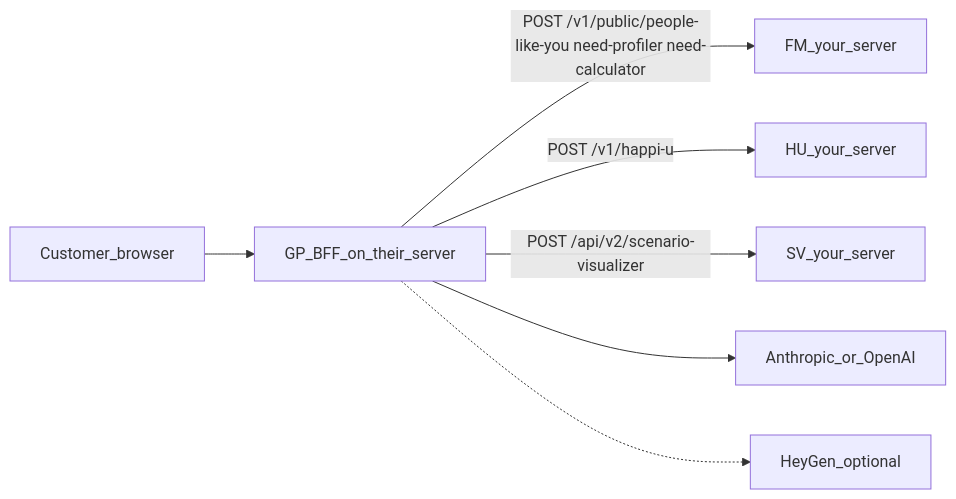
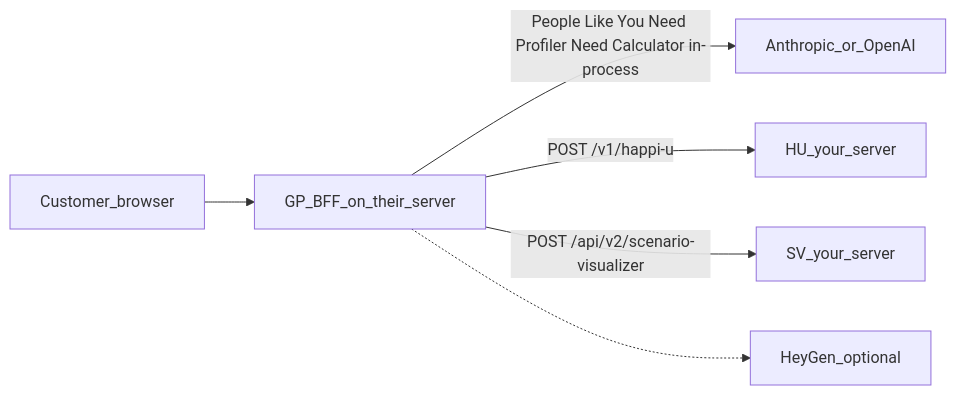
One commit to michaelGoogle/360-goal-planner changed the diagram in docs/Standalone-third-party.md. Above: the diagram before and after it, drawn with Mermaid. The commit also changed other lines of this file and 74 other files, not shown here.

````diff
--- a/docs/Standalone-third-party.md
+++ b/docs/Standalone-third-party.md
@@ -17,16 +24,14 @@
 ```mermaid
 flowchart LR
   browser[Customer_browser]
   gp[GP_BFF_on_their_server]
-  fm[FM_your_server]
   hu[HU_your_server]
   sv[SV_your_server]
   llm[Anthropic_or_OpenAI]
   heygen[HeyGen_optional]
   browser --> gp
-  gp -->|"POST /v1/public/people-like-you need-profiler need-calculator"| fm
+  gp -->|"People Like You Need Profiler Need Calculator in-process"| llm
   gp -->|"POST /v1/happi-u"| hu
   gp -->|"POST /api/v2/scenario-visualizer"| sv
-  gp --> llm
   gp -.-> heygen
 ```
````
